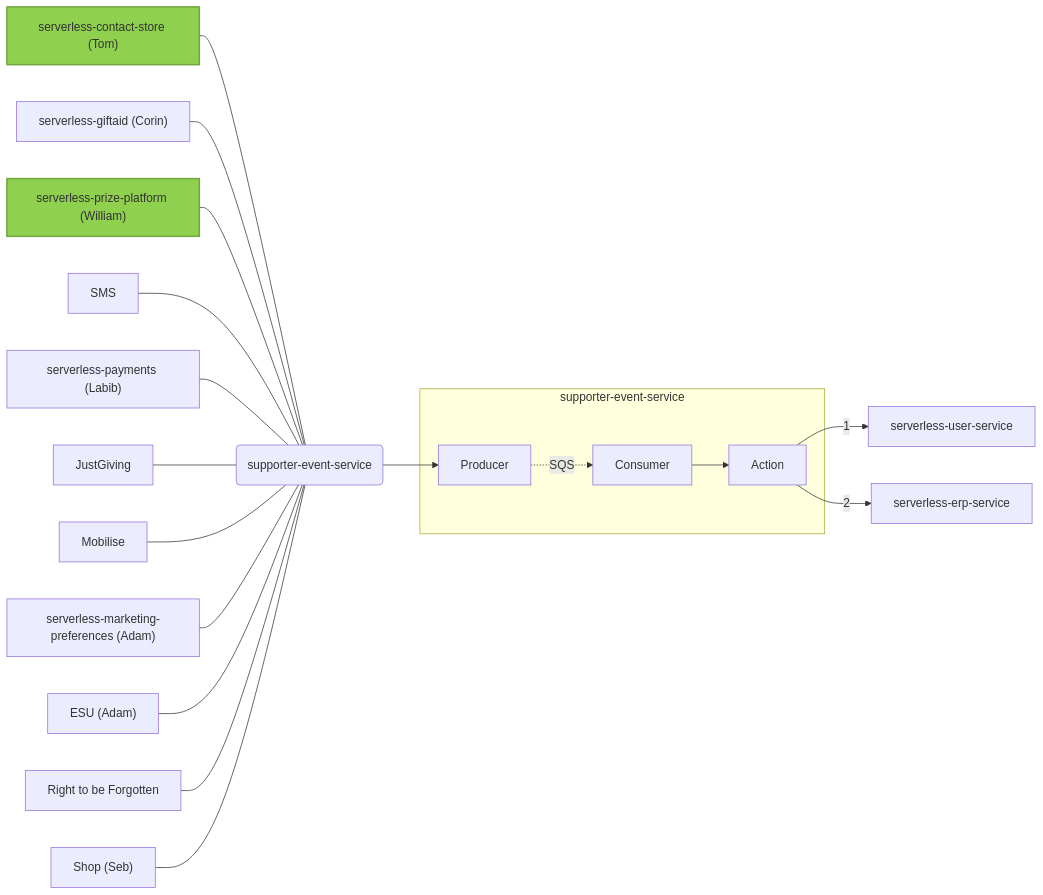
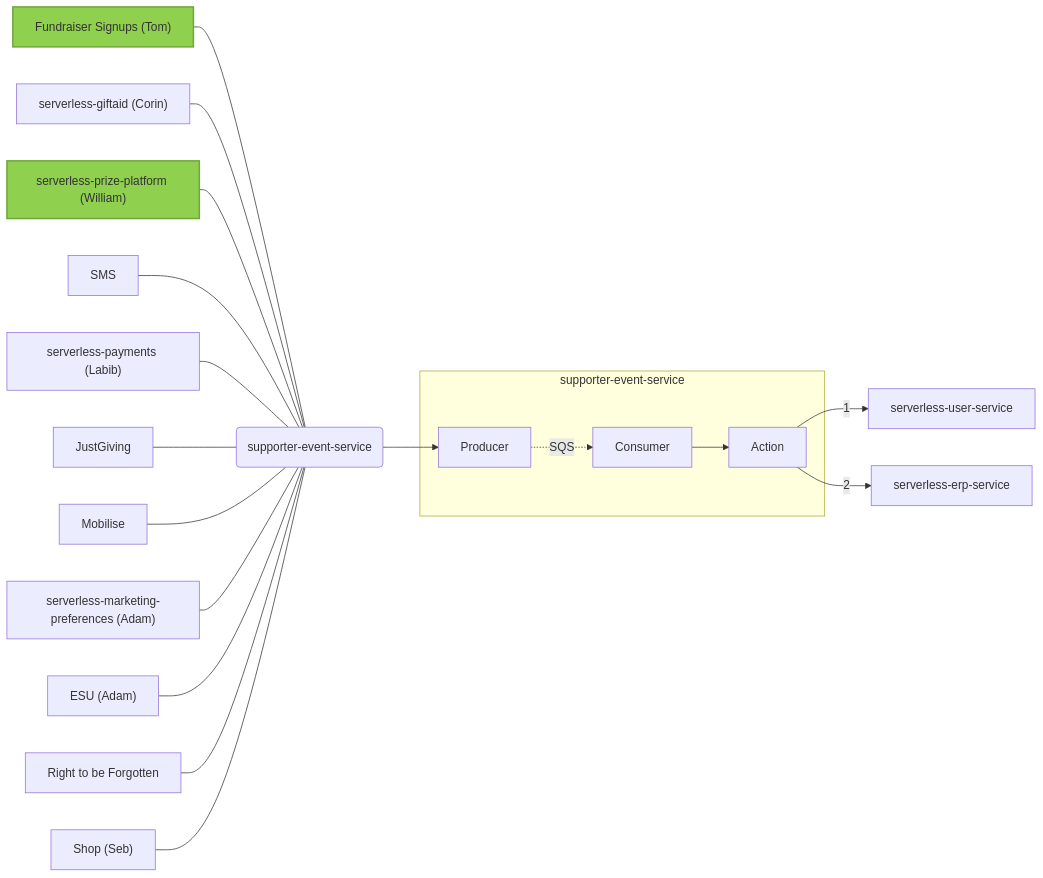
The diagram in docs/architecture.md (comicrelief/engineering-handbook), drawn with Mermaid before and after one commit.

Commit message:
Contact store -> fundraiser signups

````diff
--- a/docs/architecture.md
+++ b/docs/architecture.md
@@ -27,41 +27,40 @@
 ```mermaid
 graph LR
-  fundraiser-signups["serverless-contact-store (Tom)"] --- event
+  fundraiser-signups["Fundraiser Signups (Tom)"] --- event
   giftaid["serverless-giftaid (Corin)"] --- event
   prize-platform["serverless-prize-platform (William)"] --- event
   sms[SMS] --- event
   psl["serverless-payments (Labib)"] --- event
   justgiving[JustGiving] --- event
   mobilise[Mobilise] --- event
   marketing-prefs["serverless-marketing-preferences (Adam)"] --- event
   esu["ESU (Adam)"] --- event
   rtbf[Right to be Forgotten] --- event
   shop["Shop (Seb)"] --- event
 
   event(supporter-event-service) --> producer
 
   subgraph supporter-event-service
     producer[Producer] -. SQS .-> consumer[Consumer]
     consumer --> action[Action]
   end
 
   action -- 1 --> user-service[serverless-user-service]
   action -- 2 --> erp-service[serverless-erp-service]
 
   classDef green fill:#8fd04e,stroke:#70a63b,stroke-width:2px;
   class fundraiser-signups,prize-platform green
 
-  click fundraiser-signups "https://github.com/comicrelief/serverless-contact-store" "Click to go to serverless-contact-store repo"
   click giftaid "https://github.com/comicrelief/serverless-giftaid" "Click to go to serverless-giftaid repo"
   click prize-platform "https://github.com/comicrelief/serverless-prize-platform" "Click to go to serverless-prize-platform repo"
   click psl "https://github.com/comicrelief/serverless-payments" "Click to go to serverless-payments repo"
   click marketing-prefs "https://github.com/comicrelief/serverless-marketing-preferences" "Click to go to serverless-marketing-preferences repo"
 
   click event "https://github.com/comicrelief/supporter-event-service" "Click to go to supporter-event-service repo"
   click producer "https://github.com/comicrelief/supporter-event-service" "Click to go to supporter-event-service repo"
   click consumer "https://github.com/comicrelief/supporter-event-service" "Click to go to supporter-event-service repo"
   click action "https://github.com/comicrelief/supporter-event-service" "Click to go to supporter-event-service repo"
 
   click user-service "https://github.com/comicrelief/serverless-user-service" "Click to go to serverless-user-service repo"
   click erp-service "https://github.com/comicrelief/serverless-erp-service" "Click to go to serverless-erp-service repo"
 ```
````
